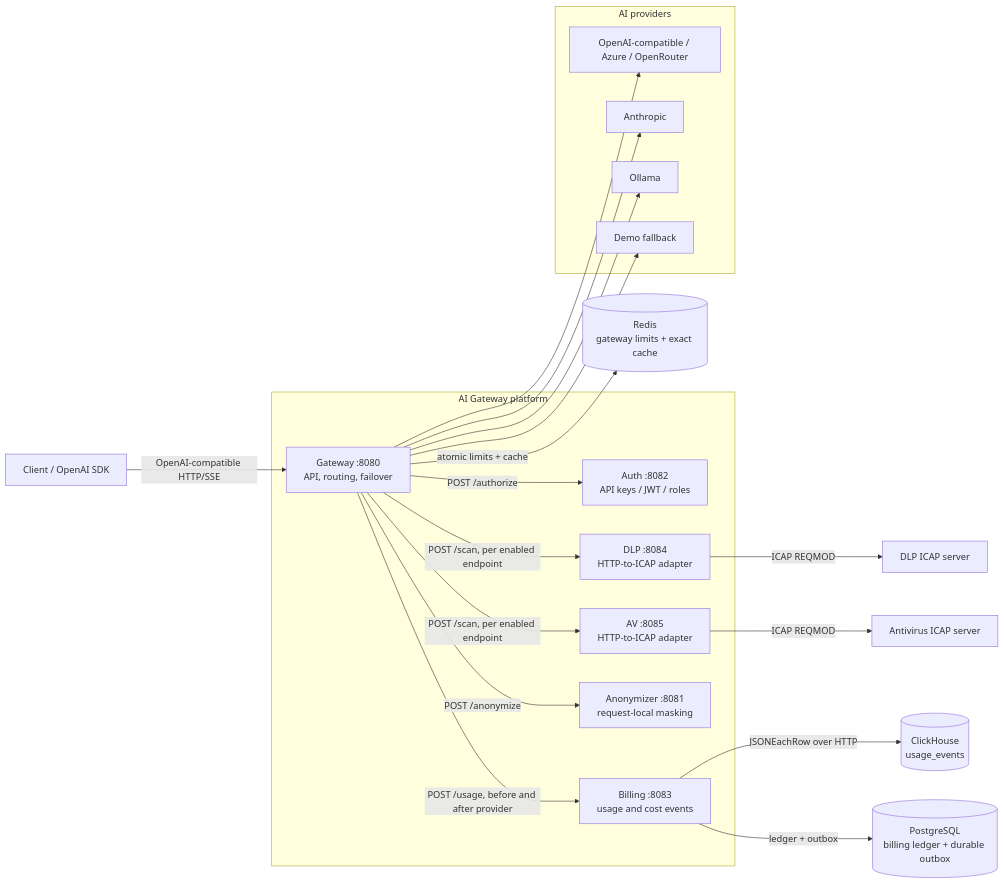
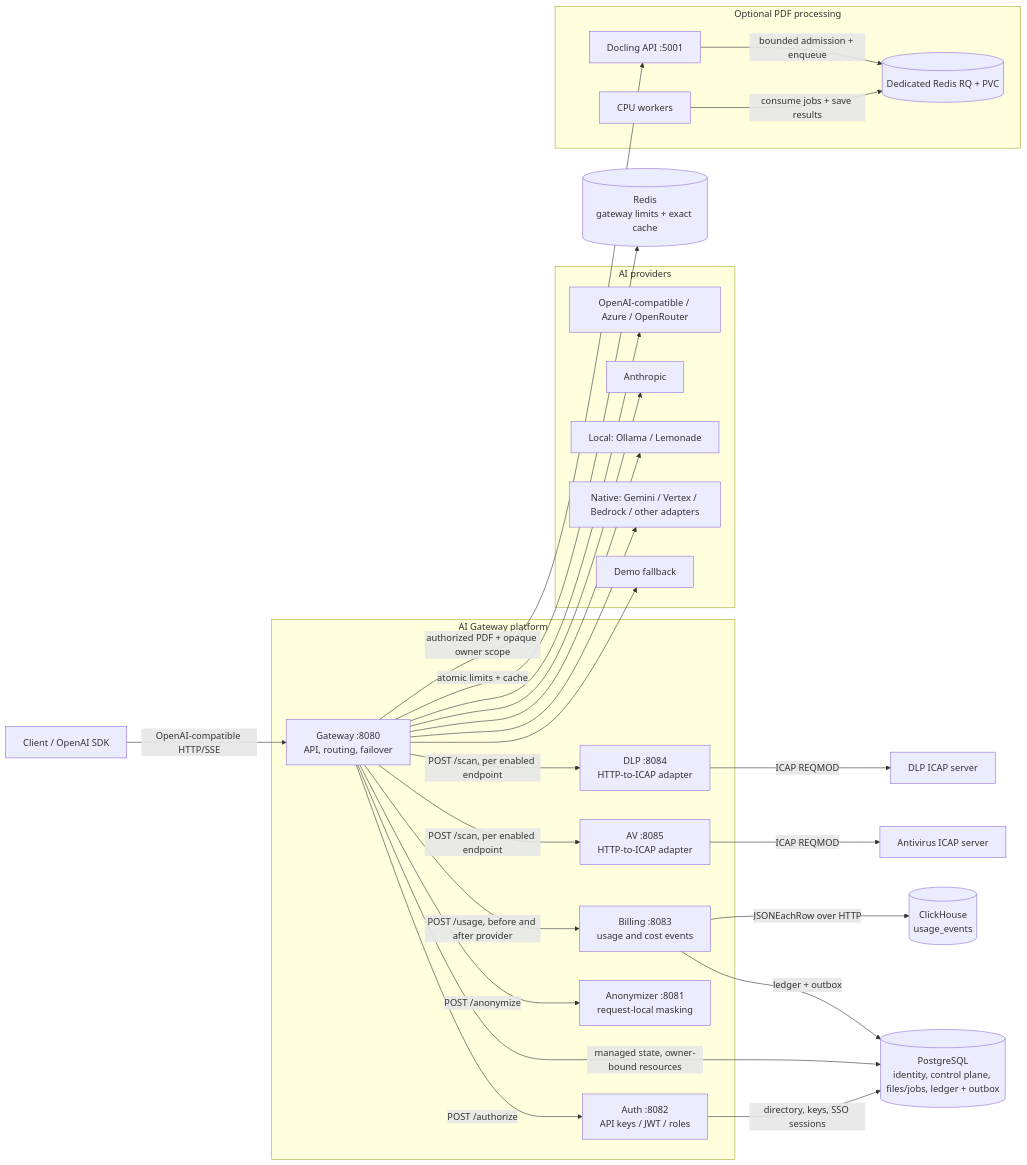
One commit to NEODjazz/ai-gateway changed the first of 4 diagrams in docs/architecture.md. Above: the diagram before and after it, drawn with Mermaid. The commit also changed other lines of this file and 21 other files, not shown here.

Commit message:
Document current API, identity, UI and processing architecture

````diff
--- a/docs/architecture.md
+++ b/docs/architecture.md
@@ -11,42 +11,54 @@
 ```mermaid
 flowchart LR
     Client["Client / OpenAI SDK"]
 
     subgraph Platform["AI Gateway platform"]
         Gateway["Gateway :8080<br/>API, routing, failover"]
         Auth["Auth :8082<br/>API keys / JWT / roles"]
         DLP["DLP :8084<br/>HTTP-to-ICAP adapter"]
         AV["AV :8085<br/>HTTP-to-ICAP adapter"]
         Anonymizer["Anonymizer :8081<br/>request-local masking"]
         Billing["Billing :8083<br/>usage and cost events"]
     end
 
     subgraph Providers["AI providers"]
         OpenAI["OpenAI-compatible / Azure / OpenRouter"]
         Anthropic["Anthropic"]
-        Ollama["Ollama"]
+        Ollama["Local: Ollama / Lemonade"]
+        Native["Native: Gemini / Vertex / Bedrock / other adapters"]
         Demo["Demo fallback"]
     end
 
     DlpIcap["DLP ICAP server"]
     AvIcap["Antivirus ICAP server"]
     ClickHouse[("ClickHouse<br/>usage_events")]
     Redis[("Redis<br/>gateway limits + exact cache")]
-    Postgres[("PostgreSQL<br/>billing ledger + durable outbox")]
+    Postgres[("PostgreSQL<br/>identity, control plane, files/jobs, ledger + outbox")]
+    subgraph Documents["Optional PDF processing"]
+        DocAPI["Docling API :5001"]
+        DocRedis[("Dedicated Redis RQ + PVC")]
+        DocWorker["CPU workers"]
+    end
 
     Client -->|"OpenAI-compatible HTTP/SSE"| Gateway
     Gateway -->|"POST /authorize"| Auth
     Gateway -->|"POST /scan, per enabled endpoint"| DLP
     Gateway -->|"POST /scan, per enabled endpoint"| AV
     Gateway -->|"POST /anonymize"| Anonymizer
     Gateway -->|"POST /usage, before and after provider"| Billing
     Gateway --> OpenAI
     Gateway --> Anthropic
     Gateway --> Ollama
+    Gateway --> Native
     Gateway --> Demo
     DLP -->|"ICAP REQMOD"| DlpIcap
     AV -->|"ICAP REQMOD"| AvIcap
     Billing -->|"JSONEachRow over HTTP"| ClickHouse
     Gateway -->|"atomic limits + cache"| Redis
     Billing -->|"ledger + outbox"| Postgres
+    Gateway -->|"managed state, owner-bound resources"| Postgres
+    Auth -->|"directory, keys, SSO sessions"| Postgres
+    Gateway -->|"authorized PDF + opaque owner scope"| DocAPI
+    DocAPI -->|"bounded admission + enqueue"| DocRedis
+    DocWorker -->|"consume jobs + save results"| DocRedis
 ```
````
